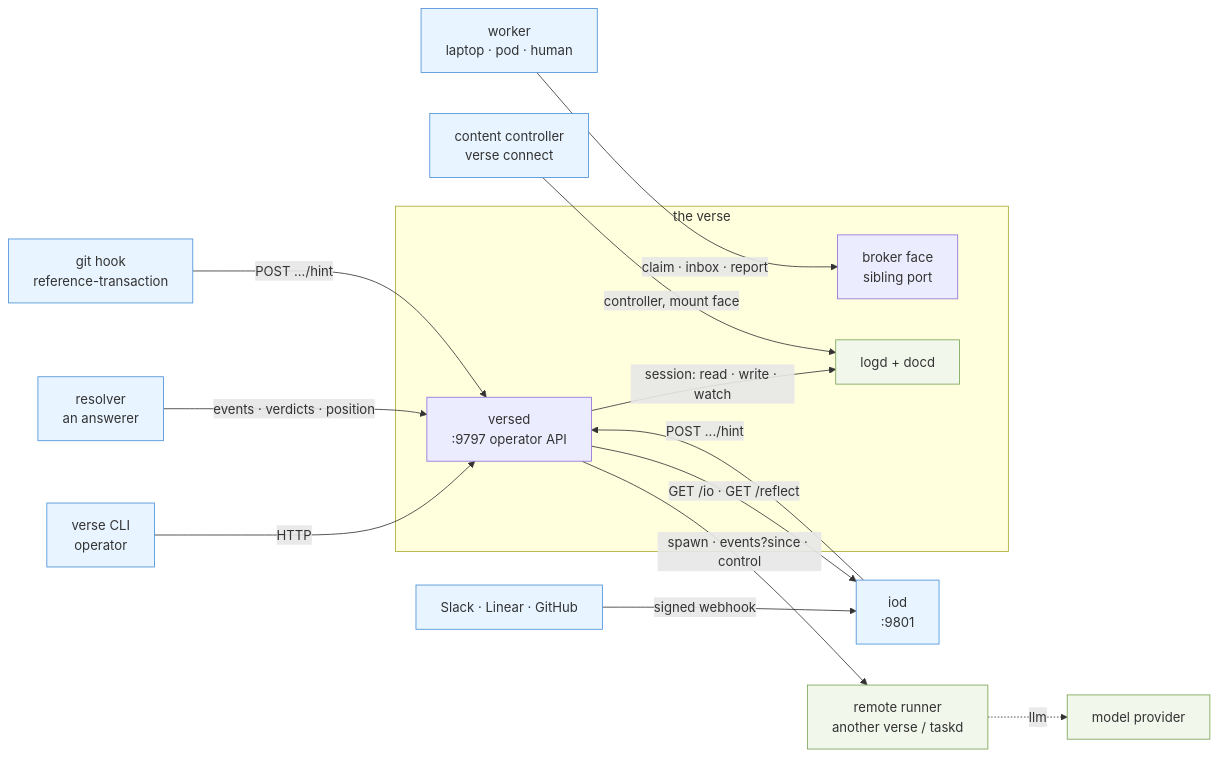
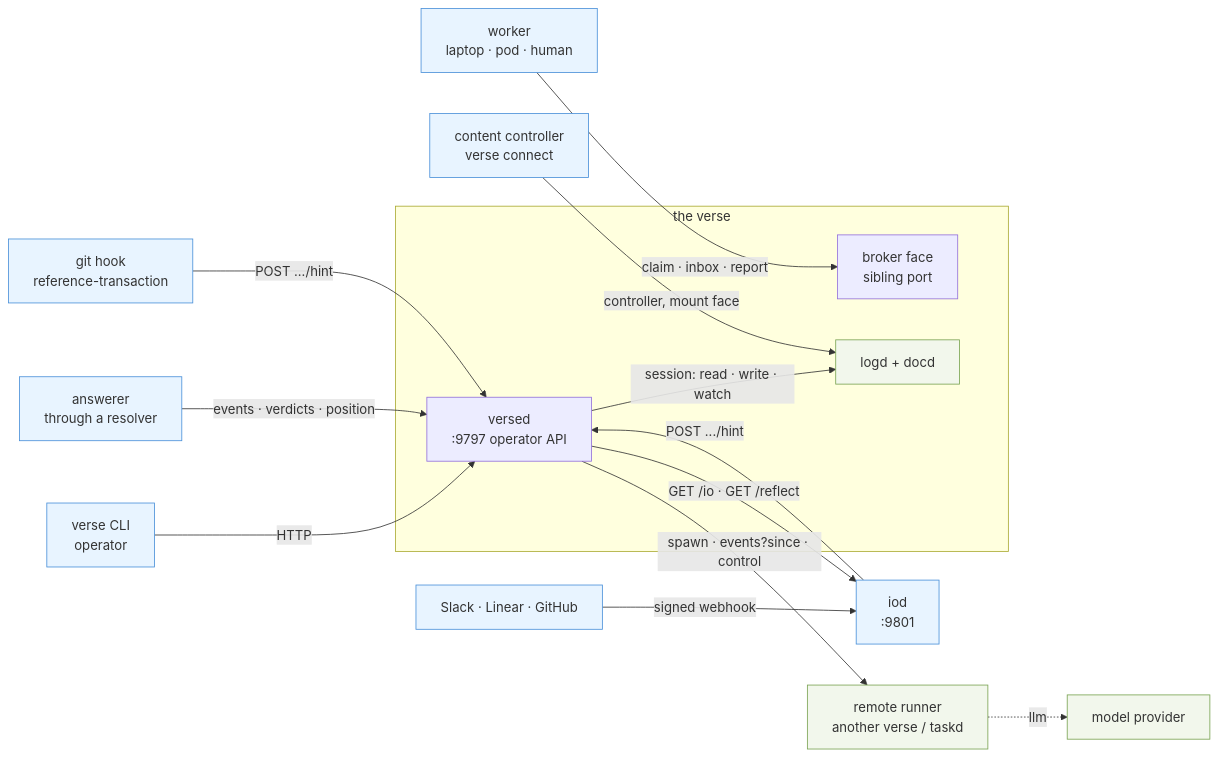
The first of 4 diagrams in docs/seams.md (signadot/viff), drawn with Mermaid before and after one commit. The commit also changed other lines of this file and 73 other files, not shown here.

````diff
--- a/docs/seams.md
+++ b/docs/seams.md
@@ -46,37 +46,37 @@
 ```mermaid
 flowchart LR
   cli["verse CLI<br/>operator"]
-  res["resolver<br/>an answerer"]
+  res["answerer<br/>through a resolver"]
   worker["worker<br/>laptop · pod · human"]
   wh["Slack · Linear · GitHub"]
   hook["git hook<br/>reference-transaction"]
 
   subgraph host["the verse"]
     versed["versed<br/>:9797 operator API"]
     bface["broker face<br/>sibling port"]
     docd["logd + docd"]
   end
 
   remote["remote runner<br/>another verse / taskd"]
   src["iod<br/>:9801"]
   ctl["content controller<br/>verse connect"]
   llm["model provider"]
 
   cli -->|"HTTP"| versed
   res -->|"events · verdicts · position"| versed
   wh -->|"signed webhook"| src
   hook -->|"POST .../hint"| versed
   worker -->|"claim · inbox · report"| bface
 
   versed -->|"session: read · write · watch"| docd
   versed -->|"spawn · events?since · control"| remote
   versed -->|"GET /io · GET /reflect"| src
   src -->|"POST .../hint"| versed
   ctl -->|"controller, mount face"| docd
   remote -.->|"llm"| llm
 
   classDef dialsIn fill:#e8f4ff,stroke:#4a90d9
   classDef dialsOut fill:#f2f7ec,stroke:#7aa352
   class cli,res,worker,wh,hook,src,ctl dialsIn
   class remote,llm,docd dialsOut
 ```
````
